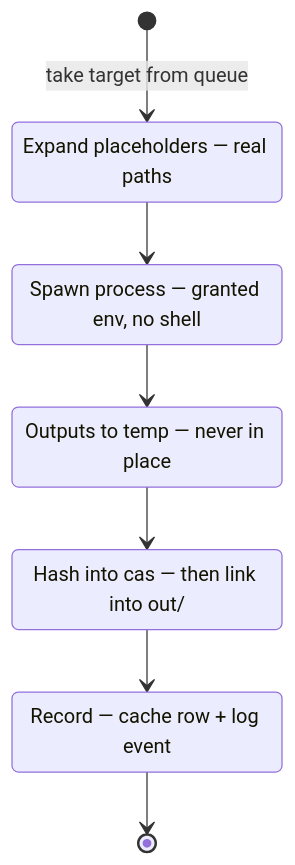
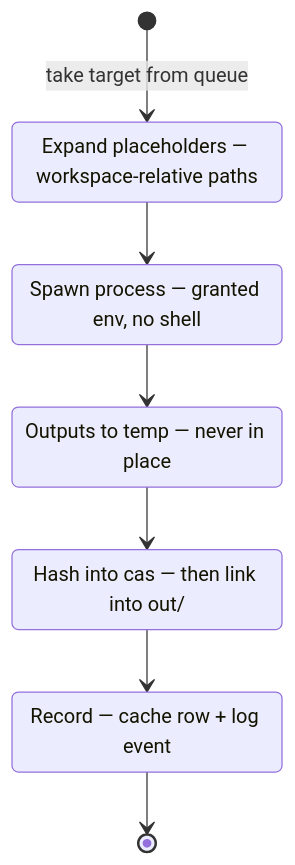
The seventh of 13 diagrams in docs/design.md (airsstack/buildl), drawn with Mermaid before and after one commit. The commit also changed other lines of this file and 53 other files, not shown here.

````diff
--- a/docs/design.md
+++ b/docs/design.md
@@ -258,15 +260,15 @@
 ```mermaid
 %% Action lifecycle inside a worker
 stateDiagram-v2
     [*] --> Expand : take target from queue
-    Expand : Expand placeholders — real paths
+    Expand : Expand placeholders — workspace-relative paths
     Spawn : Spawn process — granted env, no shell
     Temp : Outputs to temp — never in place
     Cas : Hash into cas — then link into out/
     Rec : Record — cache row + log event
     Expand --> Spawn
     Spawn --> Temp
     Temp --> Cas
     Cas --> Rec
     Rec --> [*]
 ```
````
